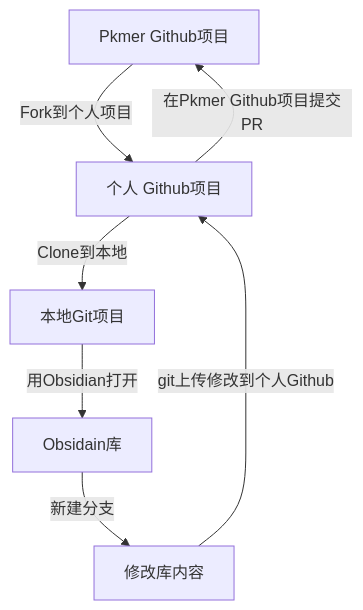
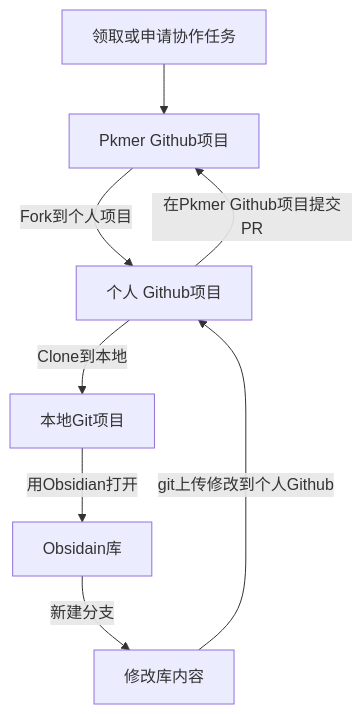
Before and after one commit to PKM-er/Pkmer-Docs: the diagram in 00-关于/协作者指南/协作者指南.md, drawn with Mermaid. The commit also changed other lines of this file and 16 other files, not shown here.

````diff
--- a/00-关于/协作者指南/协作者指南.md
+++ b/00-关于/协作者指南/协作者指南.md
@@ -50,4 +74,4 @@
 ```mermaid
 flowchart TB
-A[Pkmer Github项目] -->|Fork到个人项目|B[个人 Github项目] --> |Clone到本地|C[本地Git项目] --> |用Obsidian打开|D[Obsidain库] --> |新建分支|E[修改库内容] --> |git上传修改到个人Github|B --> |在Pkmer Github项目提交PR|A
+R[领取或申请协作任务] --> A[Pkmer Github项目] -->|Fork到个人项目|B[个人 Github项目] --> |Clone到本地|C[本地Git项目] --> |用Obsidian打开|D[Obsidain库] --> |新建分支|E[修改库内容] --> |git上传修改到个人Github|B --> |在Pkmer Github项目提交PR|A
 ```
````
